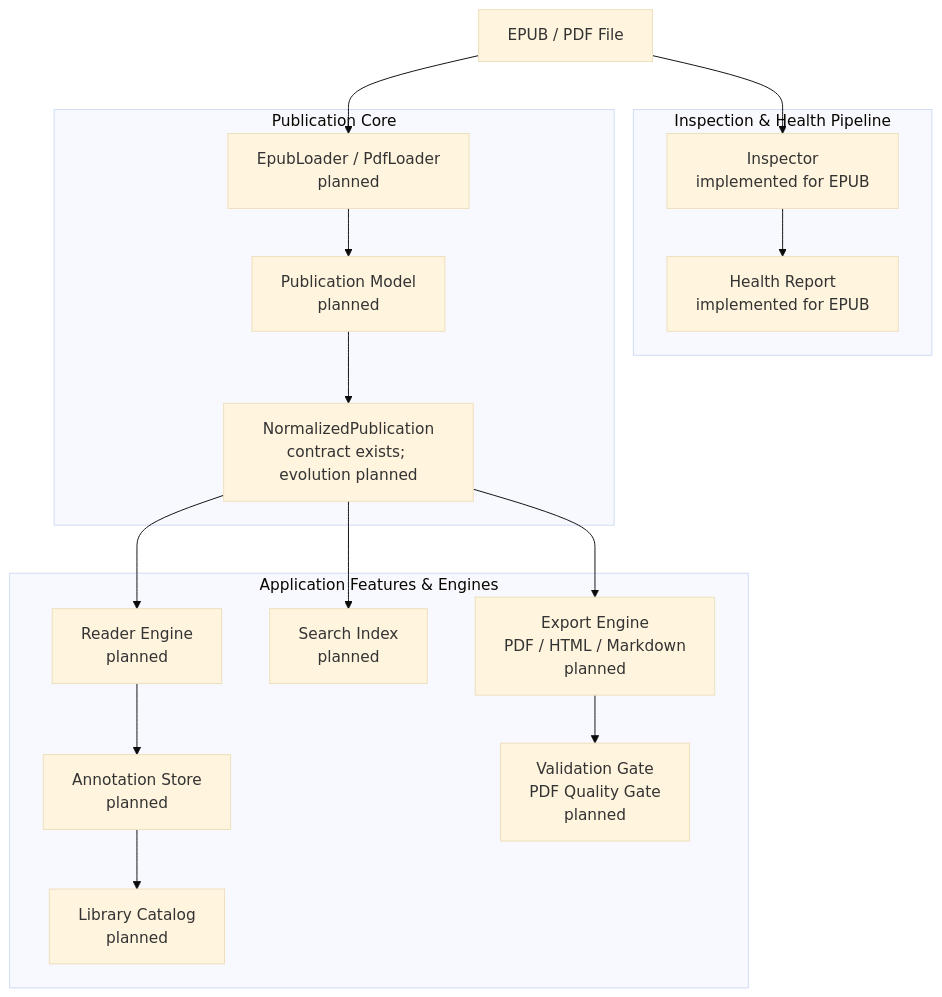
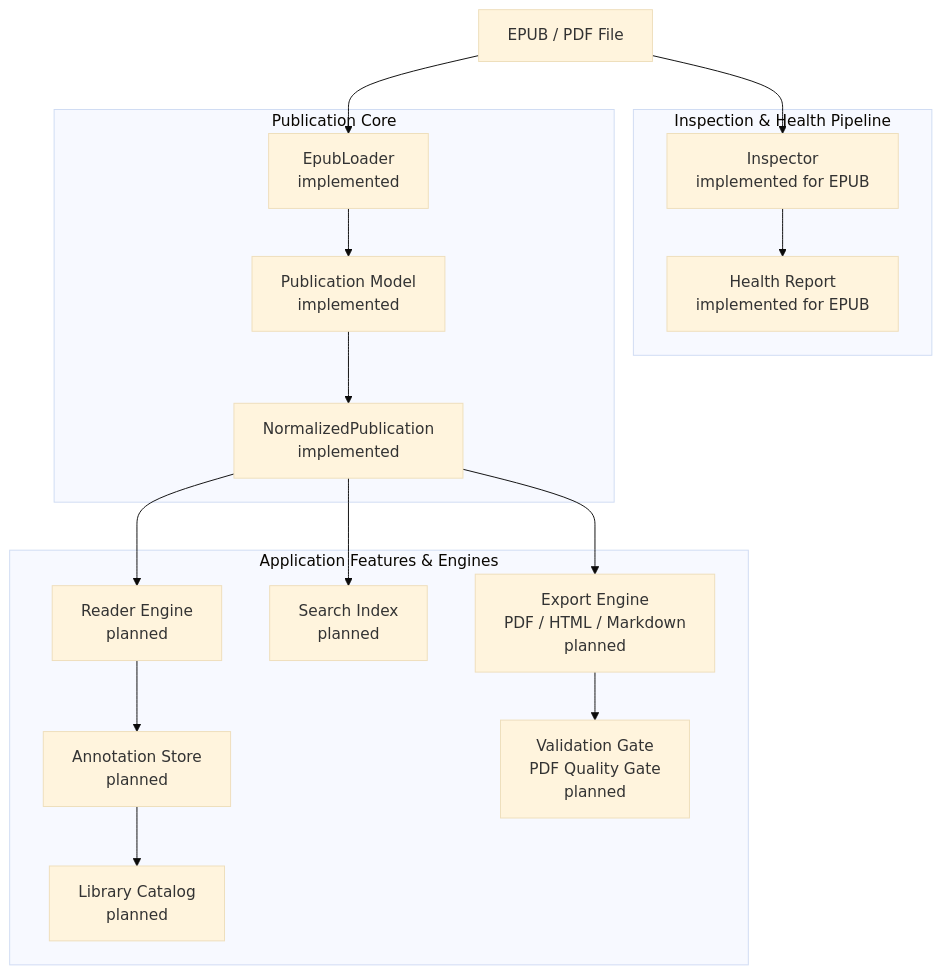
One commit to bosatsu25/ReflowPress changed the diagram in README.md. Above: the diagram before and after it, drawn with Mermaid (base theme). The commit also changed other lines of this file and 4 other files, not shown here.

````diff
--- a/README.md
+++ b/README.md
@@ -36,34 +36,34 @@
 ```mermaid
 flowchart TD
     SOURCE[EPUB / PDF File]
 
     subgraph INSP_SUB[Inspection & Health Pipeline]
         INSPECTOR[Inspector<br/>implemented for EPUB]
         HEALTH[Health Report<br/>implemented for EPUB]
     end
 
     subgraph CORE_SUB[Publication Core]
-        LOADER[EpubLoader / PdfLoader<br/>planned]
-        PUB_MODEL[Publication Model<br/>planned]
-        NORMALIZED[NormalizedPublication<br/>contract exists; evolution planned]
+        LOADER[EpubLoader<br/>implemented]
+        PUB_MODEL[Publication Model<br/>implemented]
+        NORMALIZED[NormalizedPublication<br/>implemented]
     end
 
     subgraph CONSUMER_SUB[Application Features & Engines]
         READER[Reader Engine<br/>planned]
         ANNOTATION[Annotation Store<br/>planned]
         LIBRARY[Library Catalog<br/>planned]
         SEARCH[Search Index<br/>planned]
         EXPORT[Export Engine<br/>PDF / HTML / Markdown<br/>planned]
         VALIDATION[Validation Gate<br/>PDF Quality Gate<br/>planned]
     end
 
     SOURCE --> INSPECTOR --> HEALTH
     SOURCE --> LOADER --> PUB_MODEL --> NORMALIZED
 
     NORMALIZED --> READER
     READER --> ANNOTATION
     ANNOTATION --> LIBRARY
     NORMALIZED --> SEARCH
     NORMALIZED --> EXPORT
     EXPORT --> VALIDATION
 ```
````
